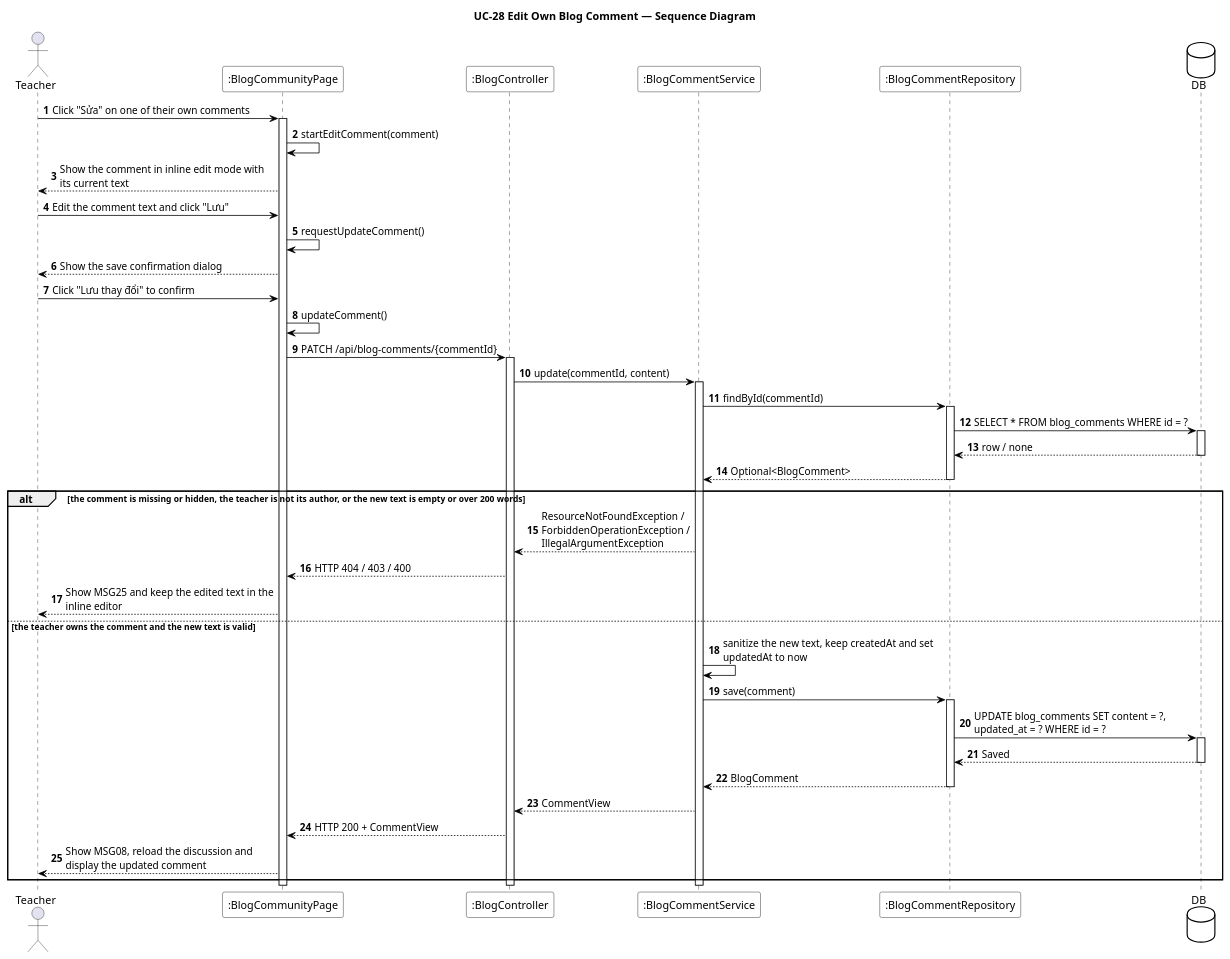
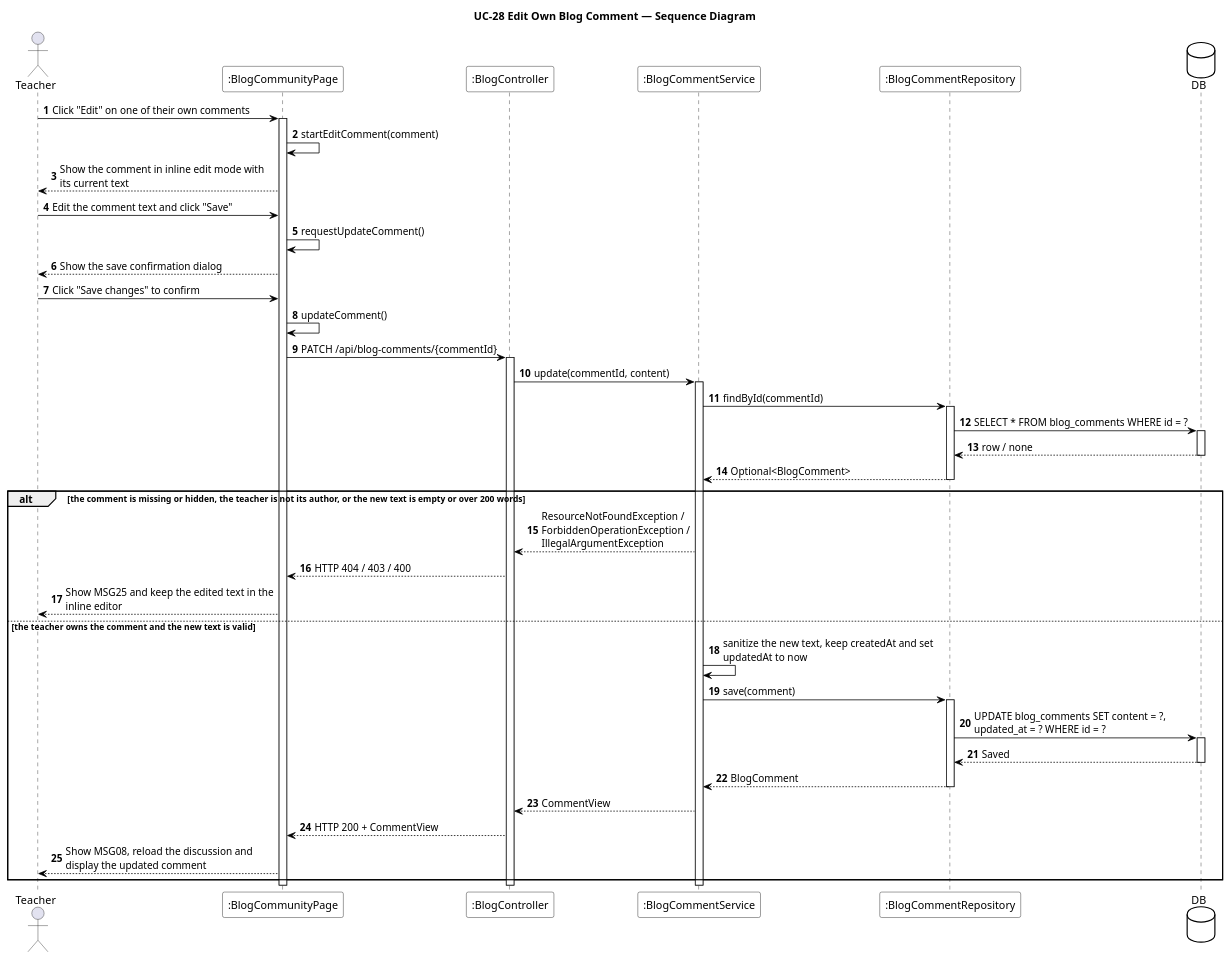
Before and after one commit to EduA-system/EduA-system: the diagram in designs/sds-diagrams/uc28/uc28_sequence.puml, drawn with PlantUML. The commit also changed 482 other files, not shown here.

Commit message:
hình class diagram mới

```diff
--- a/designs/sds-diagrams/uc28/uc28_sequence.puml
+++ b/designs/sds-diagrams/uc28/uc28_sequence.puml
@@ -1,67 +1,67 @@
 @startuml UC-28 Edit Own Blog Comment - Sequence Diagram
 skinparam defaultFontName "Segoe UI"
 skinparam shadowing false
 skinparam ParticipantBackgroundColor #FFFFFF
 skinparam ParticipantBorderColor #000000
 skinparam DatabaseBackgroundColor #FFFFFF
 skinparam DatabaseBorderColor #000000
 skinparam ArrowColor #000000
 skinparam sequenceMessageAlign left
 skinparam maxMessageSize 280
 title UC-28 Edit Own Blog Comment — Sequence Diagram
 
 actor Teacher
 participant ":BlogCommunityPage" as UI
 participant ":BlogController" as CTL
 participant ":BlogCommentService" as SVC
 participant ":BlogCommentRepository" as REPO
 database DB
 
 autonumber
-Teacher -> UI : Click "Sửa" on one of their own comments
+Teacher -> UI : Click "Edit" on one of their own comments
 activate UI
 UI -> UI : startEditComment(comment)
 UI --> Teacher : Show the comment in inline edit mode with its current text
-Teacher -> UI : Edit the comment text and click "Lưu"
+Teacher -> UI : Edit the comment text and click "Save"
 UI -> UI : requestUpdateComment()
 UI --> Teacher : Show the save confirmation dialog
-Teacher -> UI : Click "Lưu thay đổi" to confirm
+Teacher -> UI : Click "Save changes" to confirm
 UI -> UI : updateComment()
 UI -> CTL : PATCH /api/blog-comments/{commentId}
 activate CTL
 CTL -> SVC : update(commentId, content)
 activate SVC
 
 SVC -> REPO : findById(commentId)
 activate REPO
 REPO -> DB : SELECT * FROM blog_comments WHERE id = ?
 activate DB
 DB --> REPO : row / none
 deactivate DB
 REPO --> SVC : Optional<BlogComment>
 deactivate REPO
 
 alt the comment is missing or hidden, the teacher is not its author, or the new text is empty or over 200 words
   SVC --> CTL : ResourceNotFoundException / ForbiddenOperationException / IllegalArgumentException
   CTL --> UI : HTTP 404 / 403 / 400
   UI --> Teacher : Show MSG25 and keep the edited text in the inline editor
 
 else the teacher owns the comment and the new text is valid
   SVC -> SVC : sanitize the new text, keep createdAt and set updatedAt to now
   SVC -> REPO : save(comment)
   activate REPO
   REPO -> DB : UPDATE blog_comments SET content = ?, updated_at = ? WHERE id = ?
   activate DB
   DB --> REPO : Saved
   deactivate DB
   REPO --> SVC : BlogComment
   deactivate REPO
   SVC --> CTL : CommentView
   CTL --> UI : HTTP 200 + CommentView
   UI --> Teacher : Show MSG08, reload the discussion and display the updated comment
 end
 
 deactivate SVC
 deactivate CTL
 deactivate UI
 @enduml
```
